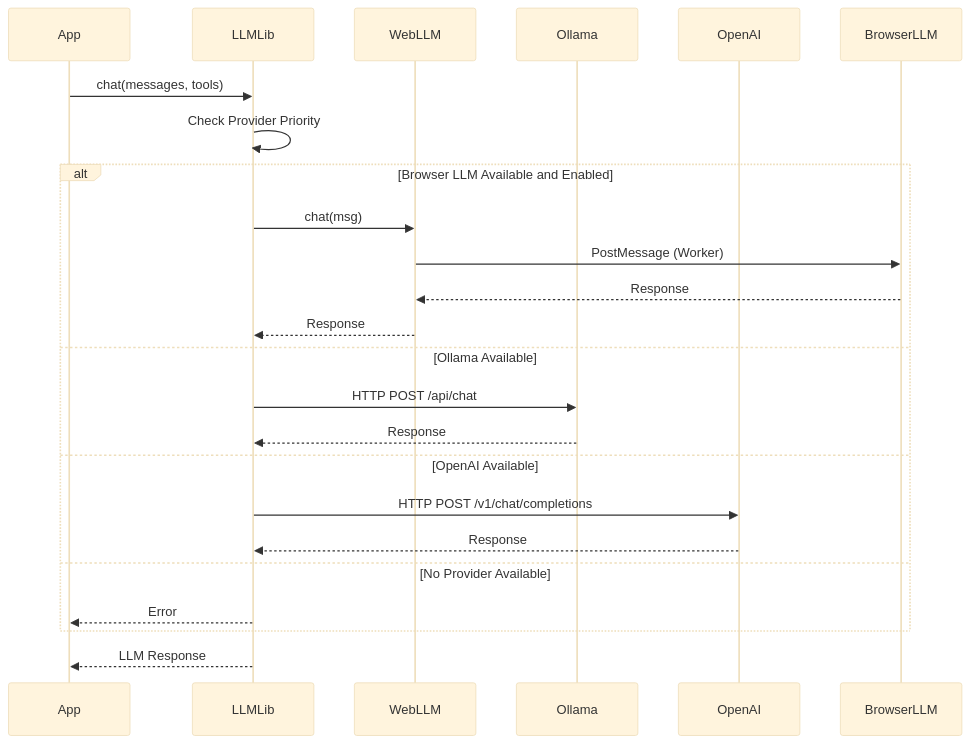
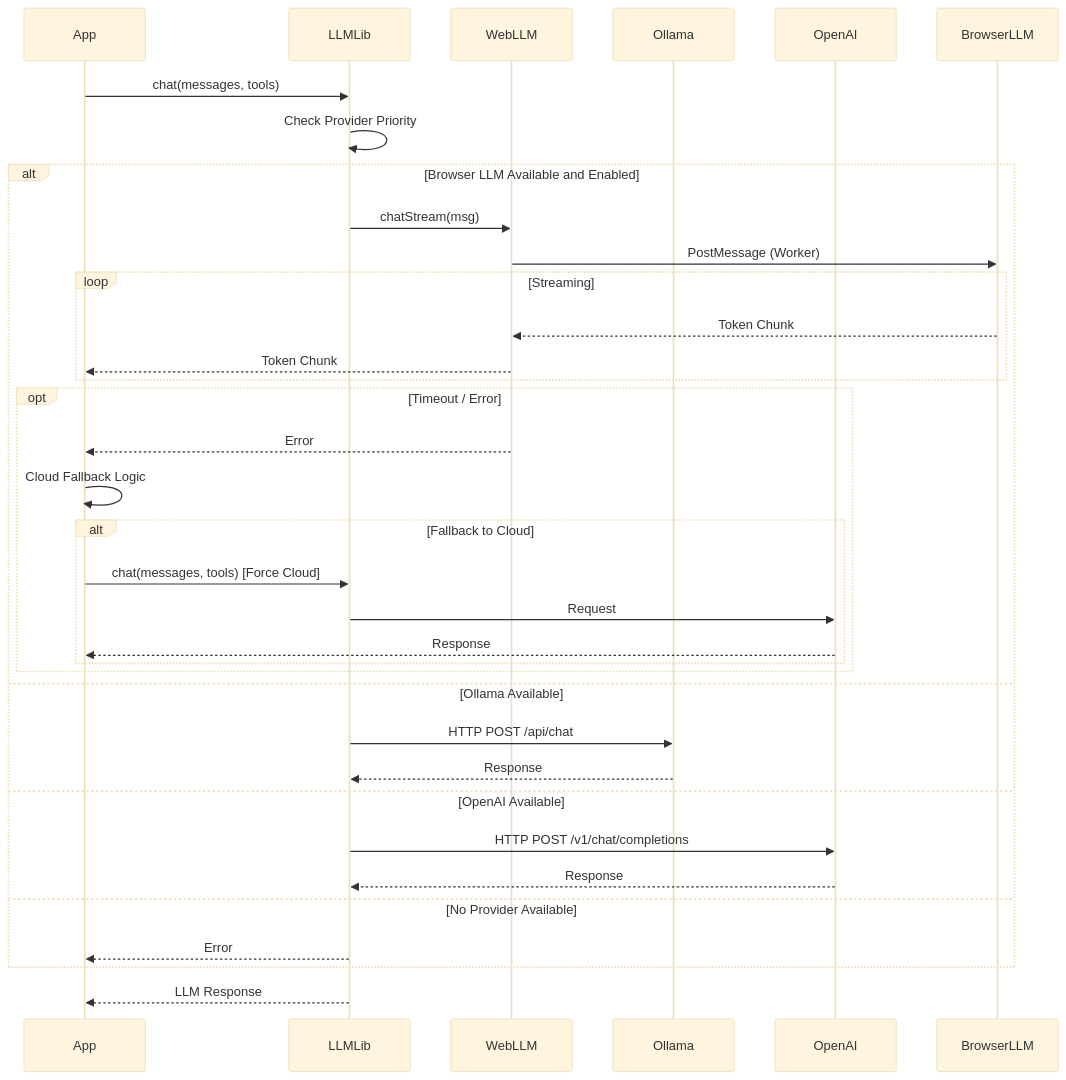
One commit to meharajM/ai-worker.app changed diagram 15 of 21 in architecture.md. Above: the diagram before and after it, drawn with Mermaid (base theme). The commit also changed 10 other files, not shown here.

````diff
--- a/architecture.md
+++ b/architecture.md
@@ -547,30 +547,40 @@
 ```mermaid
 sequenceDiagram
     participant App
     participant LLMLib
     participant WebLLM
     participant Ollama
     participant OpenAI
     participant BrowserLLM
 
     App->>LLMLib: chat(messages, tools)
     LLMLib->>LLMLib: Check Provider Priority
     
-    
     alt Browser LLM Available and Enabled
-        LLMLib->>WebLLM: chat(msg)
+        LLMLib->>WebLLM: chatStream(msg)
         WebLLM->>BrowserLLM: PostMessage (Worker)
-        BrowserLLM-->>WebLLM: Response
-        WebLLM-->>LLMLib: Response
+        loop Streaming
+            BrowserLLM-->>WebLLM: Token Chunk
+            WebLLM-->>App: Token Chunk
+        end
+        opt Timeout / Error
+            WebLLM-->>App: Error
+            App->>App: Cloud Fallback Logic
+            alt Fallback to Cloud
+                App->>LLMLib: chat(messages, tools) [Force Cloud]
+                LLMLib->>OpenAI: Request
+                OpenAI-->>App: Response
+            end
+        end
     else Ollama Available
         LLMLib->>Ollama: HTTP POST /api/chat
         Ollama-->>LLMLib: Response
     else OpenAI Available
         LLMLib->>OpenAI: HTTP POST /v1/chat/completions
         OpenAI-->>LLMLib: Response
     else No Provider Available
         LLMLib-->>App: Error
     end
 
     LLMLib-->>App: LLM Response
 ```
````
